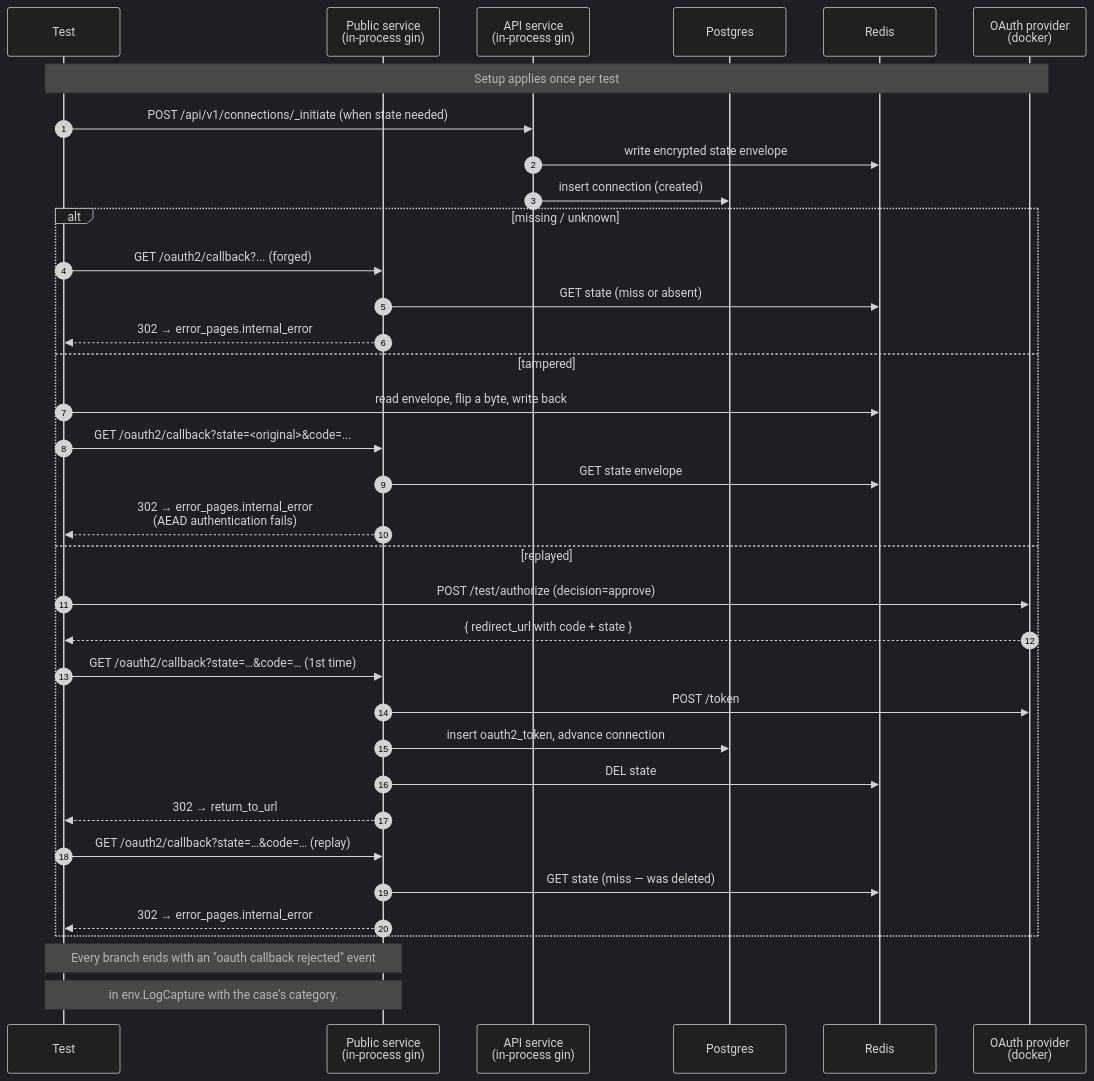
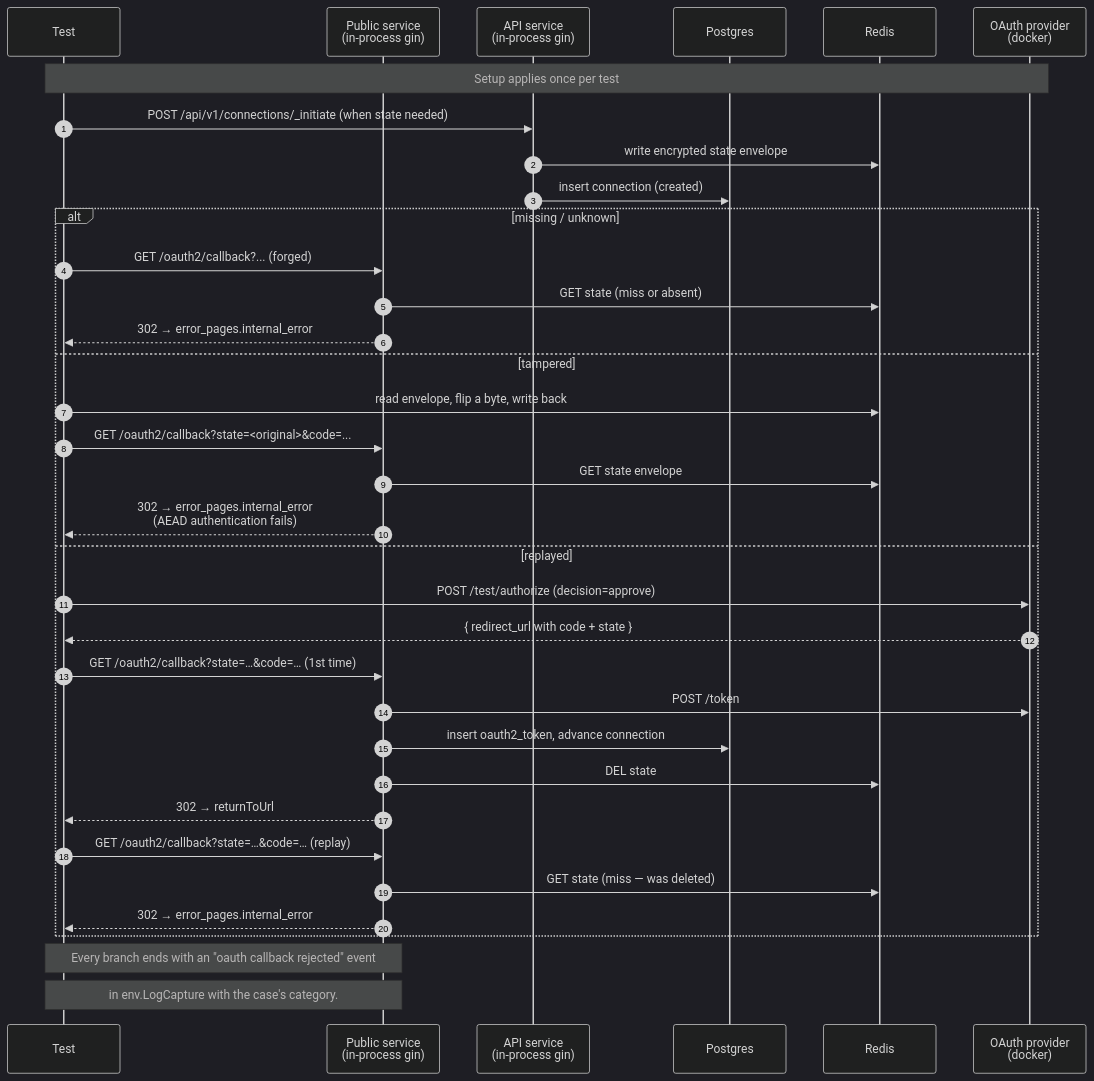
Before and after one commit to rmorlok/authproxy: the diagram in integration_tests/oauth2/callback_state_security_test.md, drawn with Mermaid (dark theme). The commit also changed 228 other files, not shown here.

````diff
--- a/integration_tests/oauth2/callback_state_security_test.md
+++ b/integration_tests/oauth2/callback_state_security_test.md
@@ -72,40 +72,40 @@
 ```mermaid
 sequenceDiagram
     autonumber
     participant T as Test
     participant PUB as Public service<br/>(in-process gin)
     participant API as API service<br/>(in-process gin)
     participant DB as Postgres
     participant R as Redis
     participant P as OAuth provider<br/>(docker)
 
     Note over T,P: Setup applies once per test
     T->>API: POST /api/v1/connections/_initiate (when state needed)
     API->>R: write encrypted state envelope
     API->>DB: insert connection (created)
 
     alt missing / unknown
         T->>PUB: GET /oauth2/callback?... (forged)
         PUB->>R: GET state (miss or absent)
         PUB-->>T: 302 → error_pages.internal_error
     else tampered
         T->>R: read envelope, flip a byte, write back
         T->>PUB: GET /oauth2/callback?state=<original>&code=...
         PUB->>R: GET state envelope
         PUB-->>T: 302 → error_pages.internal_error<br/>(AEAD authentication fails)
     else replayed
         T->>P: POST /test/authorize (decision=approve)
         P-->>T: { redirect_url with code + state }
         T->>PUB: GET /oauth2/callback?state=…&code=… (1st time)
         PUB->>P: POST /token
         PUB->>DB: insert oauth2_token, advance connection
         PUB->>R: DEL state
-        PUB-->>T: 302 → return_to_url
+        PUB-->>T: 302 → returnToUrl
         T->>PUB: GET /oauth2/callback?state=…&code=… (replay)
         PUB->>R: GET state (miss — was deleted)
         PUB-->>T: 302 → error_pages.internal_error
     end
 
     Note over T,PUB: Every branch ends with an "oauth callback rejected" event
     Note over T,PUB: in env.LogCapture with the case's category.
 ```
````
